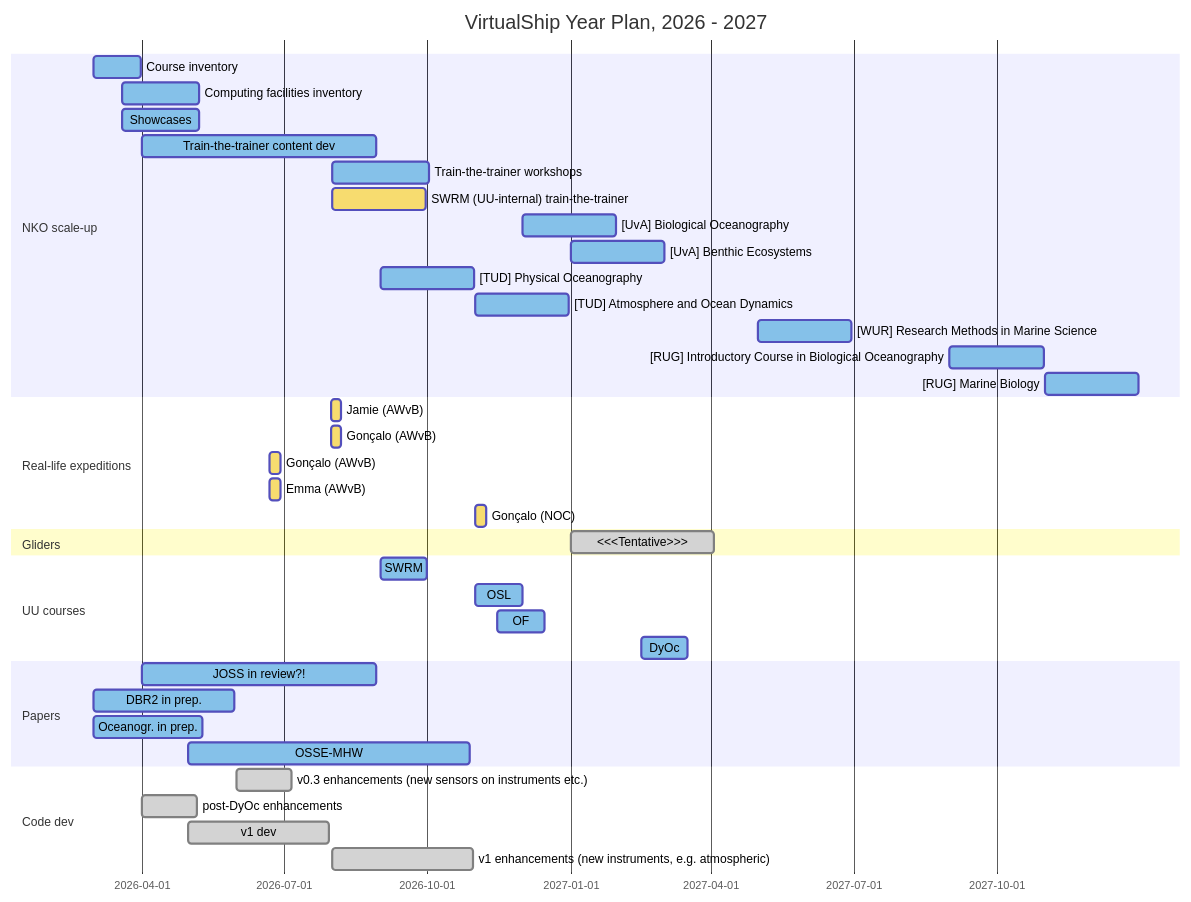
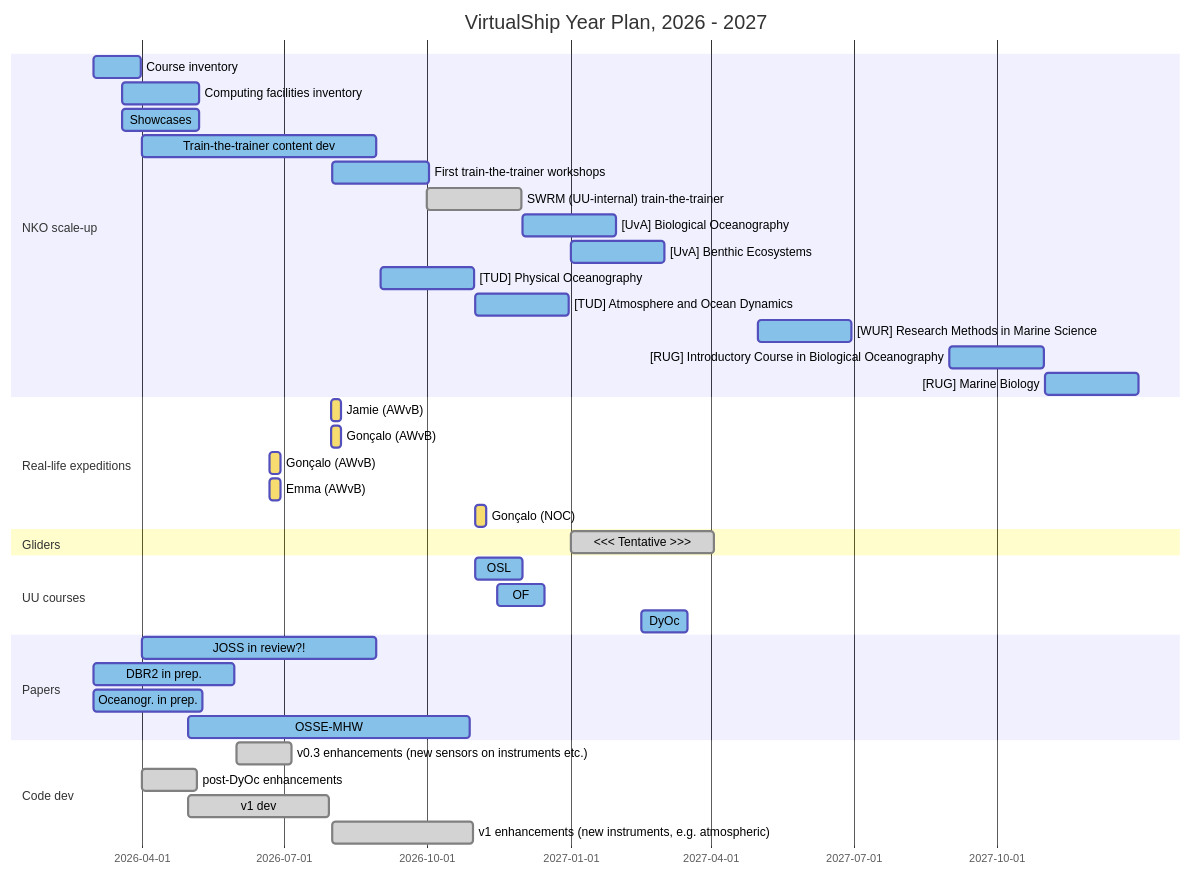
The diagram in docs/user-guide/developer-content/gantt_2026-27.md (Parcels-code/virtualship), drawn with Mermaid before and after one commit.

Commit message:
small tweaks

````diff
--- a/docs/user-guide/developer-content/gantt_2026-27.md
+++ b/docs/user-guide/developer-content/gantt_2026-27.md
@@ -1,65 +1,61 @@
 ```mermaid
 ---
 config:
   theme: default
 ---
 %%{init: { 'themeVariables': {
     'doneTaskBkgColor': '#d3d3d3',
     'activeTaskBkgColor': '#85C1E9',
     'taskBkgColor': '#F7DC6F',
     'critBorderColor': '#ff0000'
 }}}%%
 gantt
     title VirtualShip Year Plan, 2026 - 2027
     dateFormat  YYYY-MM-DD
     tickInterval 3month
     weekday monday
 
     section NKO scale-up
     Course inventory    :active, 2026-03-01, 30d
     Computing facilities inventory :active, 2026-03-19, 50d
     Showcases           :active, 2026-03-19, 50d
     Train-the-trainer content dev   :active, 2026-04-01, 150d
-    Train-the-trainer workshops :active, 2026-08-01, 62d
-    SWRM (UU-internal) train-the-trainer :future, 2026-08-01, 60d
+    First train-the-trainer workshops :active, 2026-08-01, 62d
+    SWRM (UU-internal) train-the-trainer :done, 2026-10-01, 60d
     [UvA] Biological Oceanography :active, 2026-12-01, 60d
     [UvA] Benthic Ecosystems :active, 2027-01-01, 60d
     [TUD] Physical Oceanography :active, 2026-09-01, 60d
     [TUD] Atmosphere and Ocean Dynamics :active, 2026-11-01, 60d
     [WUR] Research Methods in Marine Science :active, 2027-05-01, 60d
     [RUG] Introductory Course in Biological Oceanography :active, 2027-09-01, 60d
     [RUG] Marine Biology :active, 2027-11-01, 60d
 
     section Real-life expeditions
     Jamie (AWvB) :, 2026-07-31, 7d
     Gonçalo (AWvB) :, 2026-07-31, 7d
     Gonçalo (AWvB) :, 2026-06-22, 7d
     Emma (AWvB) :, 2026-06-22, 7d
     Gonçalo (NOC) :, 2026-11-01, 7d
 
-
-
-
     section Gliders
-    <<<Tentative>>> :done, 2027-01-01, 92d
+    <<< Tentative >>> :done, 2027-01-01, 92d
 
     section UU courses
-    SWRM :active, 2026-09-01, 30d
     OSL :active, 2026-11-01, 30d
     OF  :active, 2026-11-15, 30d
     DyOc :active, 2027-02-15, 30d
 
     section Papers
     JOSS in review?! :active, 2026-04-01, 150d
     DBR2 in prep. :active, 2026-03-01, 90d
     Oceanogr. in prep. :active, 2026-03-01, 70d
     OSSE-MHW :active, 2026-05-01, 180d
 
 
     section Code dev
     v0.3 enhancements (new sensors on instruments etc.) :done, 2026-06-01, 35d
     post-DyOc enhancements :done, 2026-04-01, 35d
     v1 dev       :done, 2026-05-01, 90d
     v1 enhancements (new instruments, e.g. atmospheric) :done, 2026-08-01, 90d
 
 ```
````
